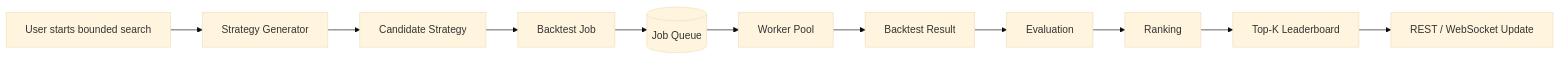
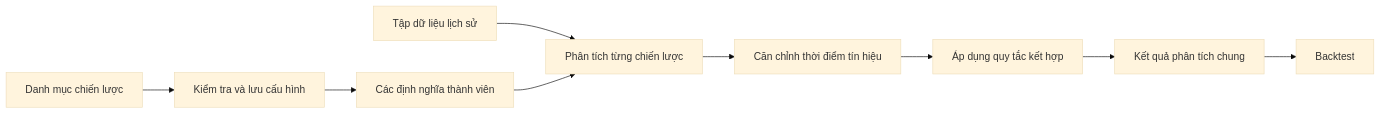
Before and after one commit to nhphunng/Crypto-Strategy-Lab: the fifth of 8 diagrams in docs/ARCHITECTURE.md, drawn with Mermaid (base theme). The commit also changed other lines of this file and 2 other files, not shown here.

Commit message:
docs: refine submission architecture and decision reports - Clarify implemented features, limitations, and planned extensions - Map architecture modules to actual code paths - Update README and ADR navigation links

````diff
--- a/docs/ARCHITECTURE.md
+++ b/docs/ARCHITECTURE.md
@@ -170,13 +178,11 @@
 ```mermaid
 flowchart LR
-    USER["User starts bounded search"] --> SEARCH["Strategy Generator"]
-    SEARCH --> CANDIDATE["Candidate Strategy"]
-    CANDIDATE --> JOB["Backtest Job"]
-    JOB --> QUEUE[("Job Queue")]
-    QUEUE --> WORKER["Worker Pool"]
-    WORKER --> RESULT["Backtest Result"]
-    RESULT --> EVAL["Evaluation"]
-    EVAL --> RANK["Ranking"]
-    RANK --> LB["Top-K Leaderboard"]
-    LB --> WEB["REST / WebSocket Update"]
+    Catalog["Danh mục chiến lược"] --> Config["Kiểm tra và lưu cấu hình"]
+    Config --> Members["Các định nghĩa thành viên"]
+    Data["Tập dữ liệu lịch sử"] --> Analyze["Phân tích từng chiến lược"]
+    Members --> Analyze
+    Analyze --> Align["Căn chỉnh thời điểm tín hiệu"]
+    Align --> Combine["Áp dụng quy tắc kết hợp"]
+    Combine --> Result["Kết quả phân tích chung"]
+    Result --> Backtest["Backtest"]
 ```
````
